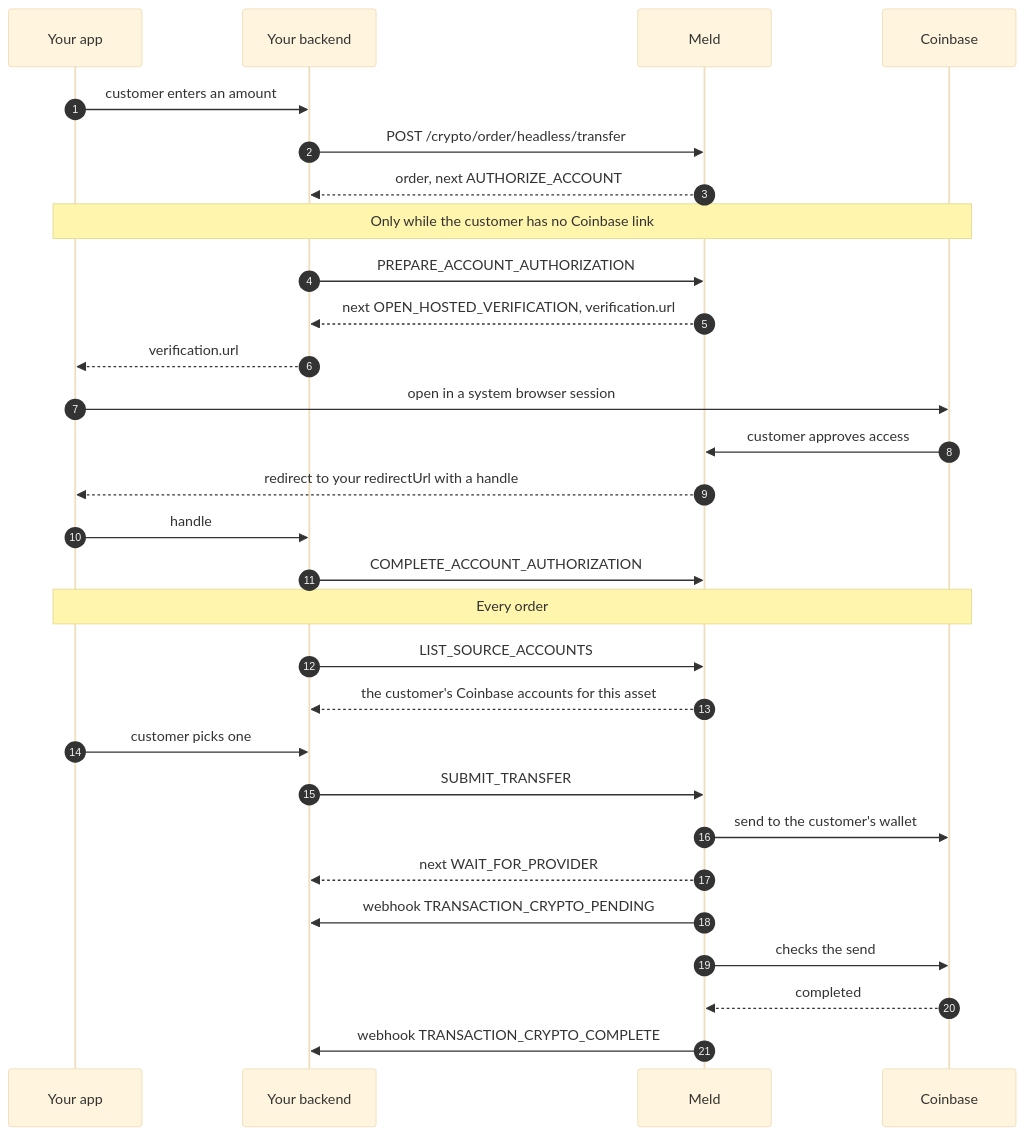
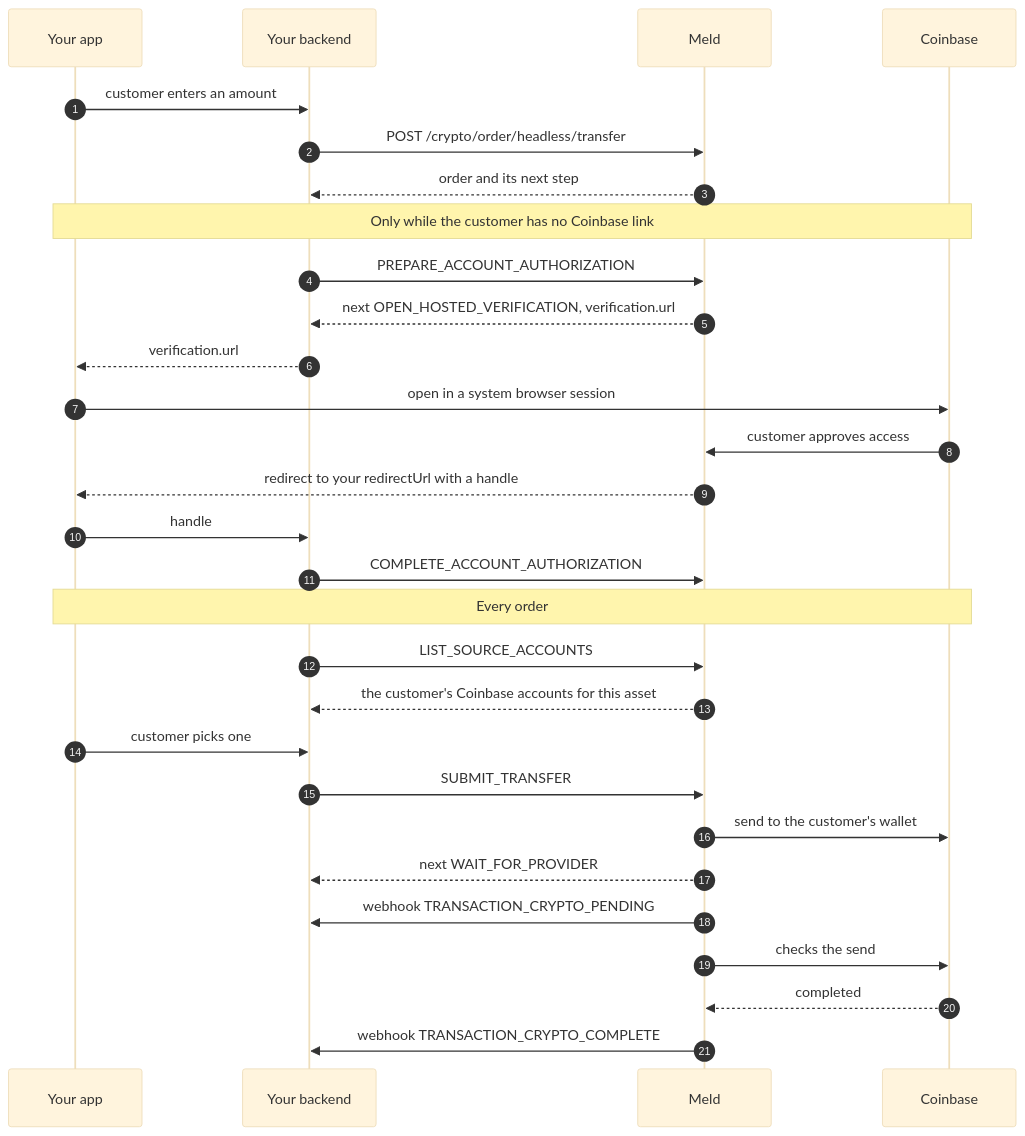
The diagram in docs/stablecoins/headless-integration/transfers.mdx (meldeng/docs), drawn with Mermaid (base theme) before and after one commit. The commit also changed other lines of this file and 9 other files, not shown here.

````diff
--- a/docs/stablecoins/headless-integration/transfers.mdx
+++ b/docs/stablecoins/headless-integration/transfers.mdx
@@ -37,34 +34,34 @@
 ```mermaid
 sequenceDiagram
     autonumber
     participant App as Your app
     participant Api as Your backend
     participant Meld
     participant CB as Coinbase
 
     App->>Api: customer enters an amount
     Api->>Meld: POST /crypto/order/headless/transfer
-    Meld-->>Api: order, next AUTHORIZE_ACCOUNT
+    Meld-->>Api: order and its next step
 
     Note over App,CB: Only while the customer has no Coinbase link
     Api->>Meld: PREPARE_ACCOUNT_AUTHORIZATION
     Meld-->>Api: next OPEN_HOSTED_VERIFICATION, verification.url
     Api-->>App: verification.url
     App->>CB: open in a system browser session
     CB->>Meld: customer approves access
     Meld-->>App: redirect to your redirectUrl with a handle
     App->>Api: handle
     Api->>Meld: COMPLETE_ACCOUNT_AUTHORIZATION
 
     Note over App,CB: Every order
     Api->>Meld: LIST_SOURCE_ACCOUNTS
     Meld-->>Api: the customer's Coinbase accounts for this asset
     App->>Api: customer picks one
     Api->>Meld: SUBMIT_TRANSFER
     Meld->>CB: send to the customer's wallet
     Meld-->>Api: next WAIT_FOR_PROVIDER
     Meld->>Api: webhook TRANSACTION_CRYPTO_PENDING
     Meld->>CB: checks the send
     CB-->>Meld: completed
     Meld->>Api: webhook TRANSACTION_CRYPTO_COMPLETE
 ```
````
